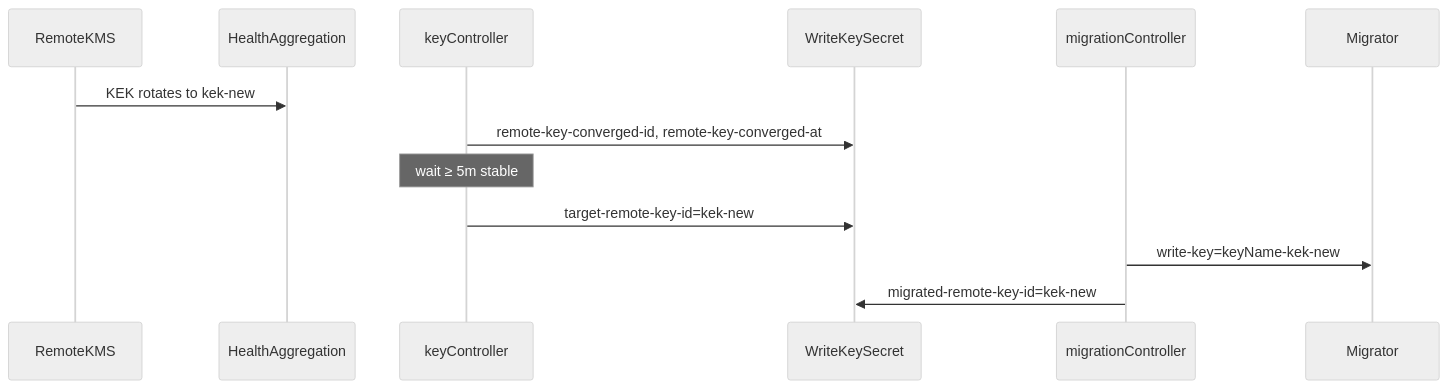
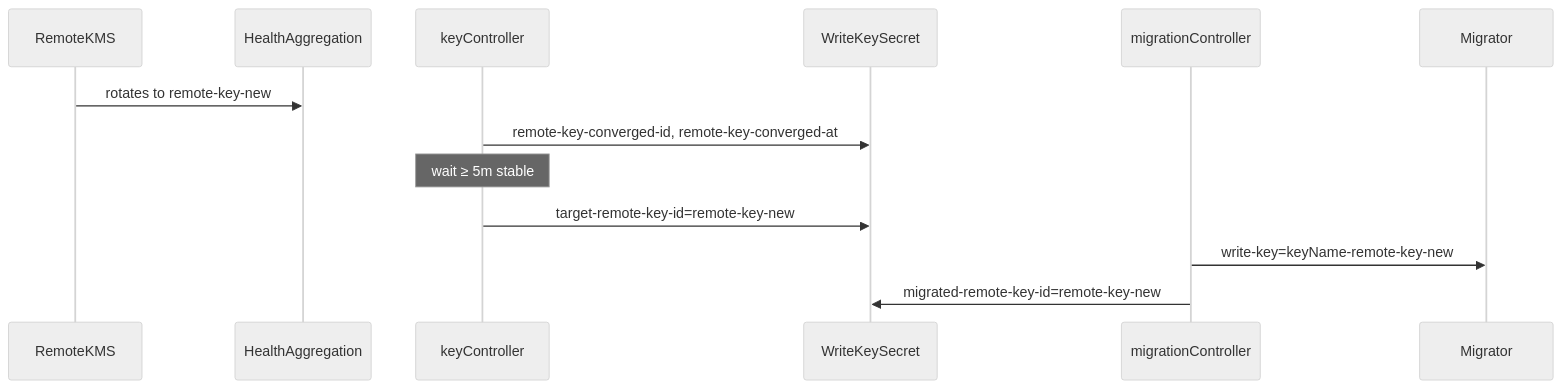
The second of 4 diagrams in enhancements/kube-apiserver/kms-encryption-foundations.md (openshift/enhancements), drawn with Mermaid (neutral theme) before and after one commit. The commit also changed other lines of this file, not shown here.

````diff
--- a/enhancements/kube-apiserver/kms-encryption-foundations.md
+++ b/enhancements/kube-apiserver/kms-encryption-foundations.md
@@ -556,16 +556,16 @@
 ```mermaid
 sequenceDiagram
     participant KMS as RemoteKMS
     participant Health as HealthAggregation
     participant KeyCtrl as keyController
     participant Secret as WriteKeySecret
     participant MigCtrl as migrationController
     participant SVM as Migrator
 
-    KMS->>Health: KEK rotates to kek-new
+    KMS->>Health: rotates to remote-key-new
     KeyCtrl->>Secret: remote-key-converged-id, remote-key-converged-at
     Note over KeyCtrl: wait ≥ 5m stable
-    KeyCtrl->>Secret: target-remote-key-id=kek-new
-    MigCtrl->>SVM: write-key=keyName-kek-new
-    MigCtrl->>Secret: migrated-remote-key-id=kek-new
+    KeyCtrl->>Secret: target-remote-key-id=remote-key-new
+    MigCtrl->>SVM: write-key=keyName-remote-key-new
+    MigCtrl->>Secret: migrated-remote-key-id=remote-key-new
 ```
````
